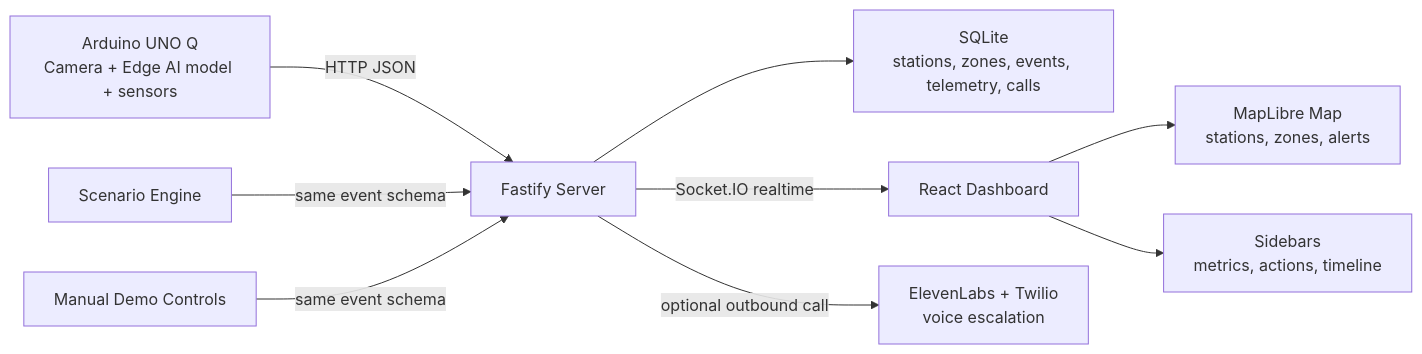
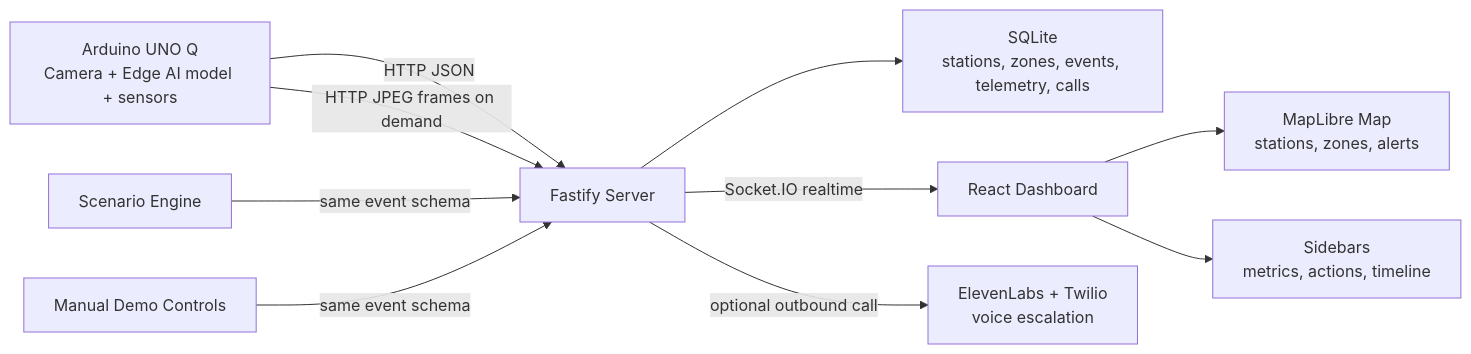
One commit to guimCC/guAIta changed the diagram in docs/architecture.md. Above: the diagram before and after it, drawn with Mermaid. The commit also changed other lines of this file and 10 other files, not shown here.

````diff
--- a/docs/architecture.md
+++ b/docs/architecture.md
@@ -17,11 +17,12 @@
 ```mermaid
 flowchart LR
   A["Arduino UNO Q\nCamera + Edge AI model + sensors"] -->|HTTP JSON| B["Fastify Server"]
+  A -->|HTTP JPEG frames on demand| B
   C["Scenario Engine"] -->|same event schema| B
   D["Manual Demo Controls"] -->|same event schema| B
   B --> E["SQLite\nstations, zones, events, telemetry, calls"]
   B -->|Socket.IO realtime| F["React Dashboard"]
   B -->|optional outbound call| I["ElevenLabs + Twilio\nvoice escalation"]
   F --> G["MapLibre Map\nstations, zones, alerts"]
   F --> H["Sidebars\nmetrics, actions, timeline"]
 ```
````
